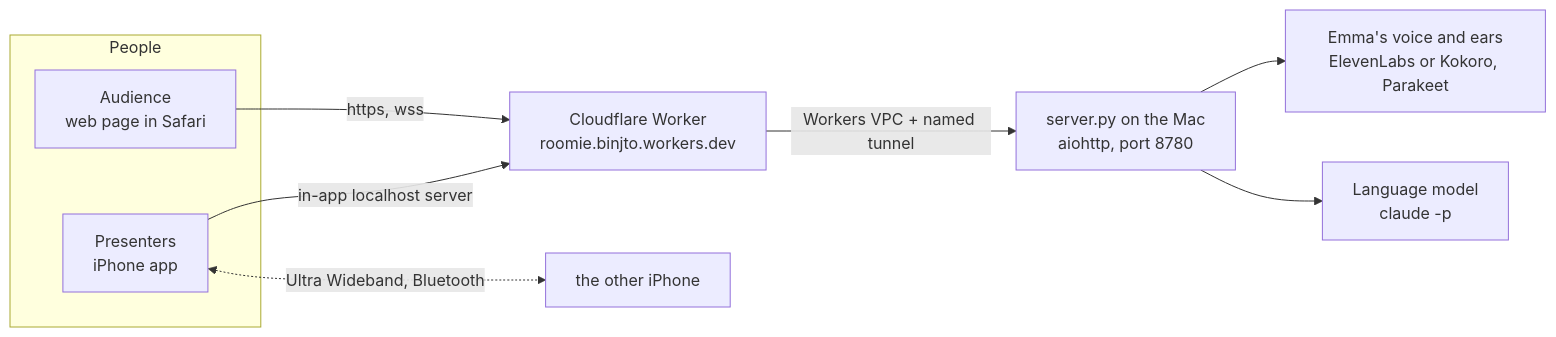
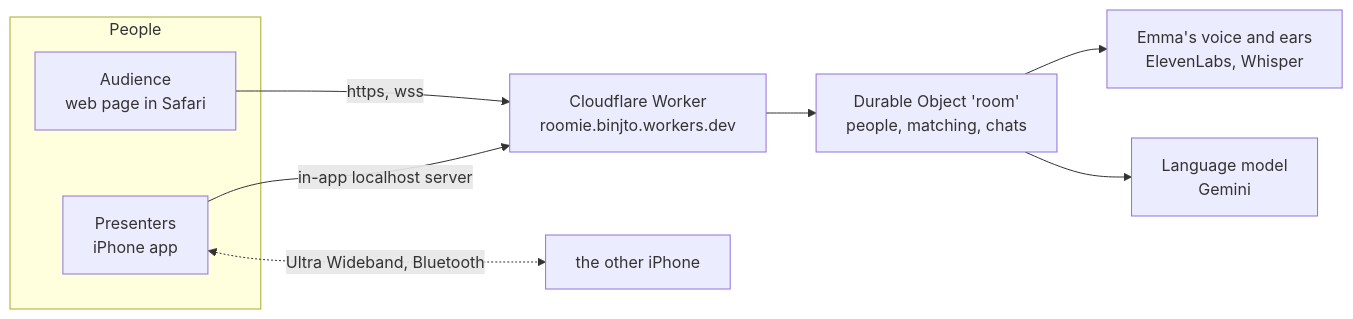
The diagram in README.md (xgre1/pairshake), drawn with Mermaid before and after one commit. The commit also changed other lines of this file and 19 other files, not shown here.

````diff
--- a/README.md
+++ b/README.md
@@ -9,13 +9,13 @@
 ```mermaid
 flowchart LR
   subgraph People
     W["Audience<br/>web page in Safari"]
     A["Presenters<br/>iPhone app"]
   end
   W -- "https, wss" --> CF["Cloudflare Worker<br/>roomie.binjto.workers.dev"]
   A -- "in-app localhost server" --> CF
-  CF -- "Workers VPC + named tunnel" --> S["server.py on the Mac<br/>aiohttp, port 8780"]
-  S --> V["Emma's voice and ears<br/>ElevenLabs or Kokoro, Parakeet"]
-  S --> L["Language model<br/>claude -p"]
+  CF --> S["Durable Object 'room'<br/>people, matching, chats"]
+  S --> V["Emma's voice and ears<br/>ElevenLabs, Whisper"]
+  S --> L["Language model<br/>Gemini"]
   A <-. "Ultra Wideband, Bluetooth" .-> A2["the other iPhone"]
 ```
````
